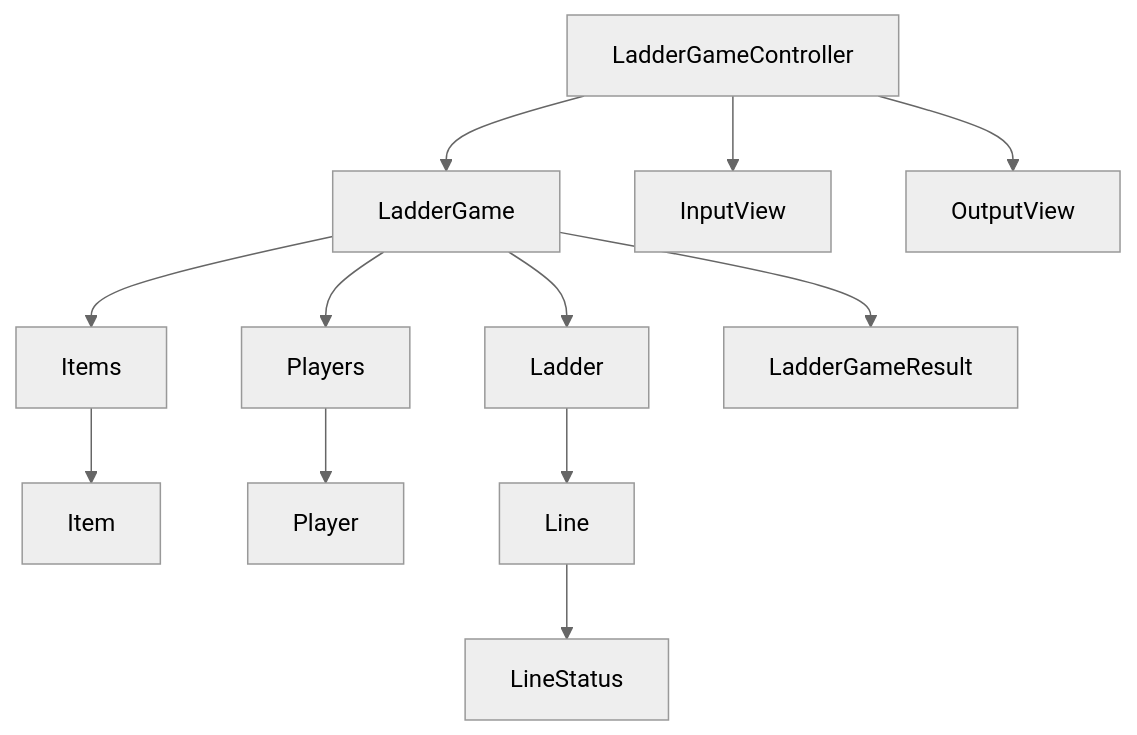
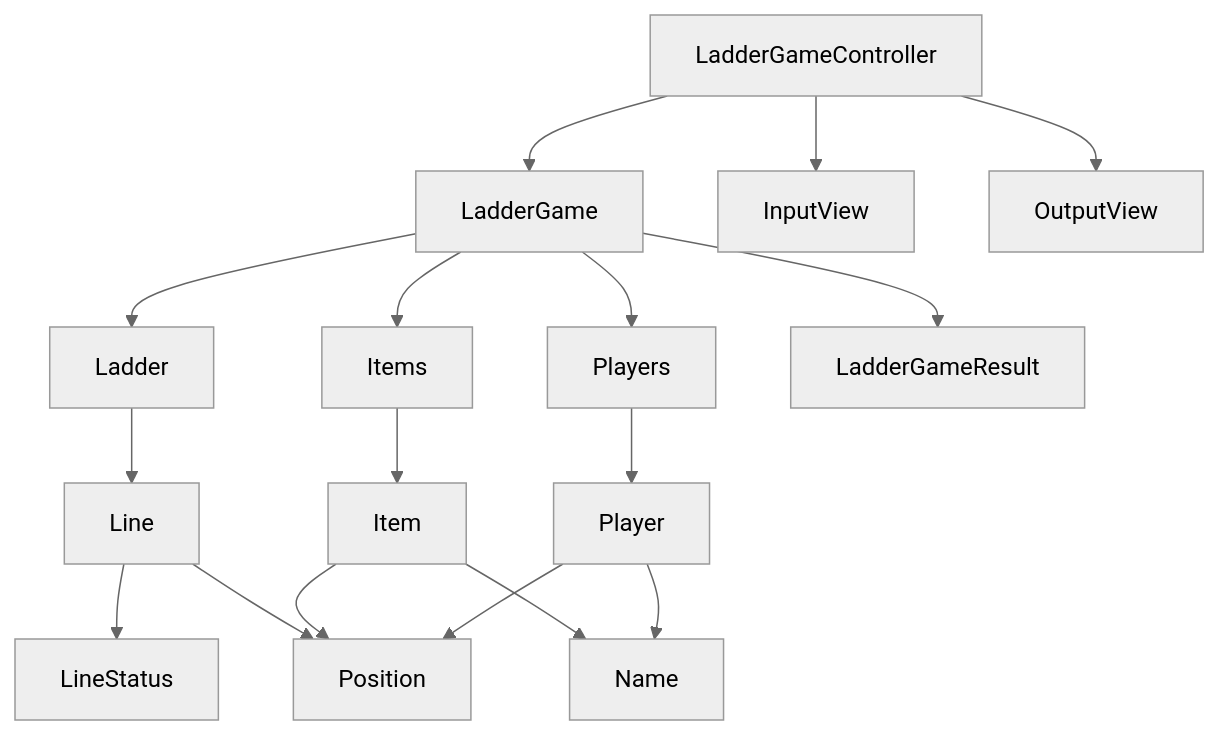
One commit to woowacourse/java-ladder changed the diagram in README.md. Above: the diagram before and after it, drawn with Mermaid (neutral theme). The commit also changed other lines of this file and 2 other files, not shown here.

Commit message:
feat: 이전 위치, 다음 위치를 반환하는 기능 추가

````diff
--- a/README.md
+++ b/README.md
@@ -11,19 +11,27 @@
 ```mermaid
 graph TD
 
     LadderGameController --> LadderGame
     LadderGame --> Ladder
     LadderGame --> Players
     LadderGame --> Items
 
+    Player --> Name
+    Player --> Position
+    Item --> Position
+    Item --> Name
+
+    Line --> Position
+
     LadderGame --> LadderGameResult
 
     Items --> Item
     Players --> Player
+
 
     LadderGameController --> InputView
     LadderGameController --> OutputView
 
     Ladder --> Line
     Line --> LineStatus
 ```
````
